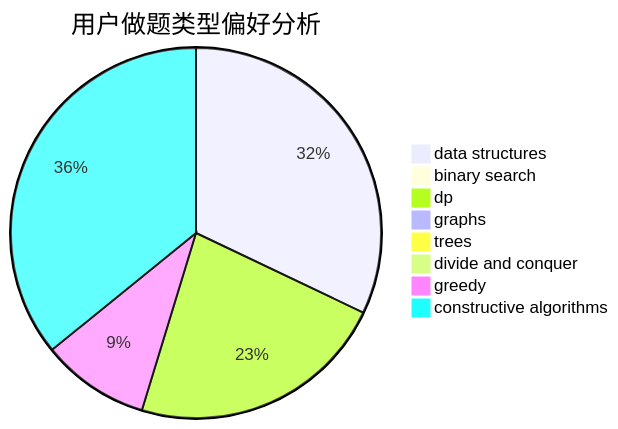
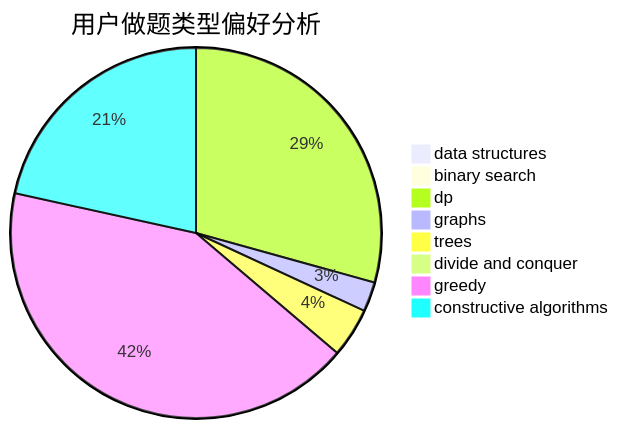
The second of 3 diagrams in docs/user/u524.md (sherpahu/cfrs.github.io), drawn with Mermaid before and after one commit. The commit also changed other lines of this file and 2770 other files, not shown here.

````diff
--- a/docs/user/u524.md
+++ b/docs/user/u524.md
@@ -23,11 +23,11 @@
 ```mermaid
 pie title 用户做题类型偏好分析
-    "data structures" :  17
+    "data structures" :  1
     "binary search" :  0
-    "dp" :  12
-    "graphs" :  0
-    "trees" :  0
+    "dp" :  34
+    "graphs" :  3
+    "trees" :  5
     "divide and conquer" :  0
-    "greedy" :  5
-    "constructive algorithms" :  19
+    "greedy" :  49
+    "constructive algorithms" :  25
 ```
````
